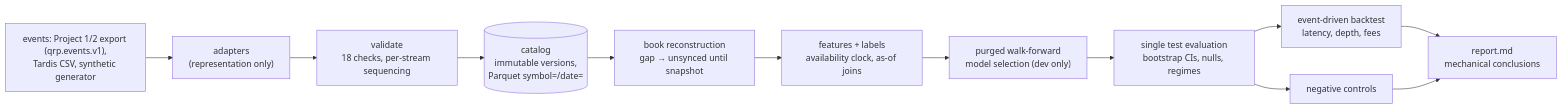
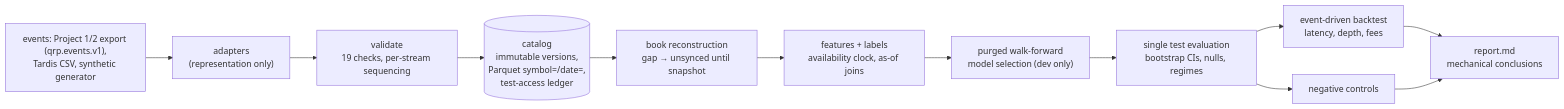
The diagram in README.md (kennethcxv/Quantitative-Research-and-Market-Microstructure-Platform), drawn with Mermaid before and after one commit. The commit also changed other lines of this file and 10 other files, not shown here.

````diff
--- a/README.md
+++ b/README.md
@@ -25,14 +25,14 @@
 ```mermaid
 flowchart LR
     A["events: Project 1/2 export (qrp.events.v1),<br/>Tardis CSV, synthetic generator"] --> B["adapters<br/>(representation only)"]
-    B --> C["validate<br/>18 checks, per-stream sequencing"]
-    C --> D[("catalog<br/>immutable versions,<br/>Parquet symbol=/date=")]
+    B --> C["validate<br/>19 checks, per-stream sequencing"]
+    C --> D[("catalog<br/>immutable versions,<br/>Parquet symbol=/date=,<br/>test-access ledger")]
     D --> E["book reconstruction<br/>gap → unsynced until snapshot"]
     E --> F["features + labels<br/>availability clock, as-of joins"]
     F --> G["purged walk-forward<br/>model selection (dev only)"]
     G --> H["single test evaluation<br/>bootstrap CIs, nulls, regimes"]
     H --> I["event-driven backtest<br/>latency, depth, fees"]
     H --> J["negative controls"]
     I --> K["report.md<br/>mechanical conclusions"]
     J --> K
 ```
````
